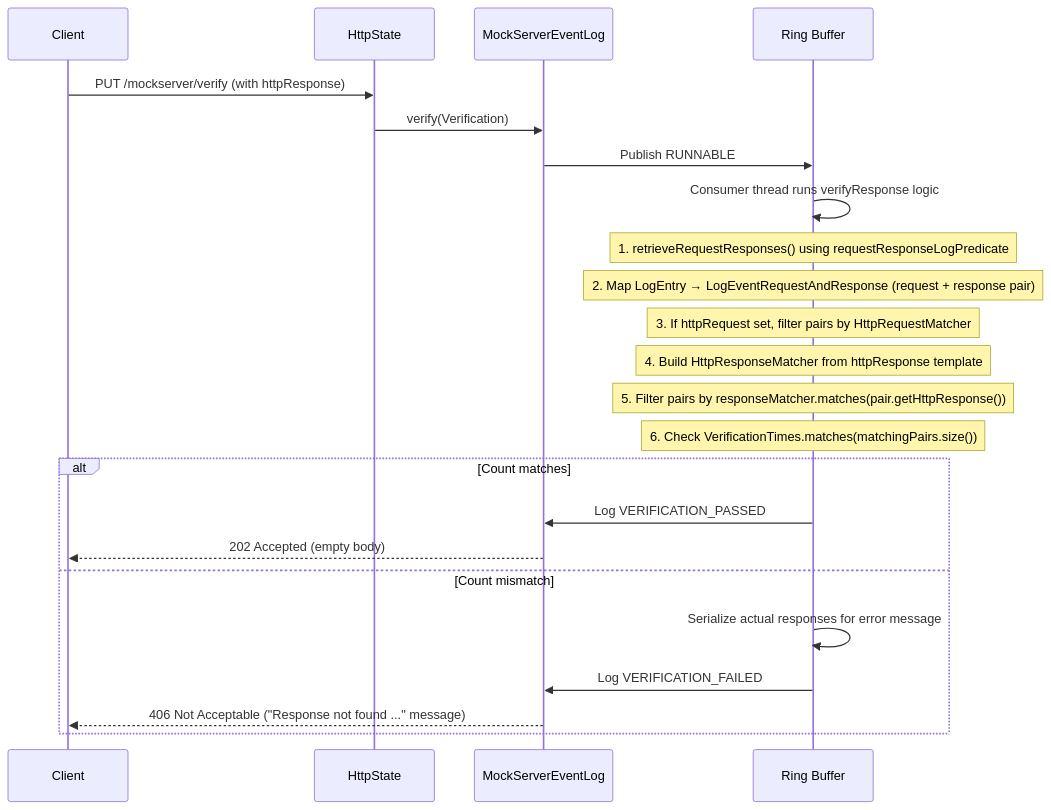
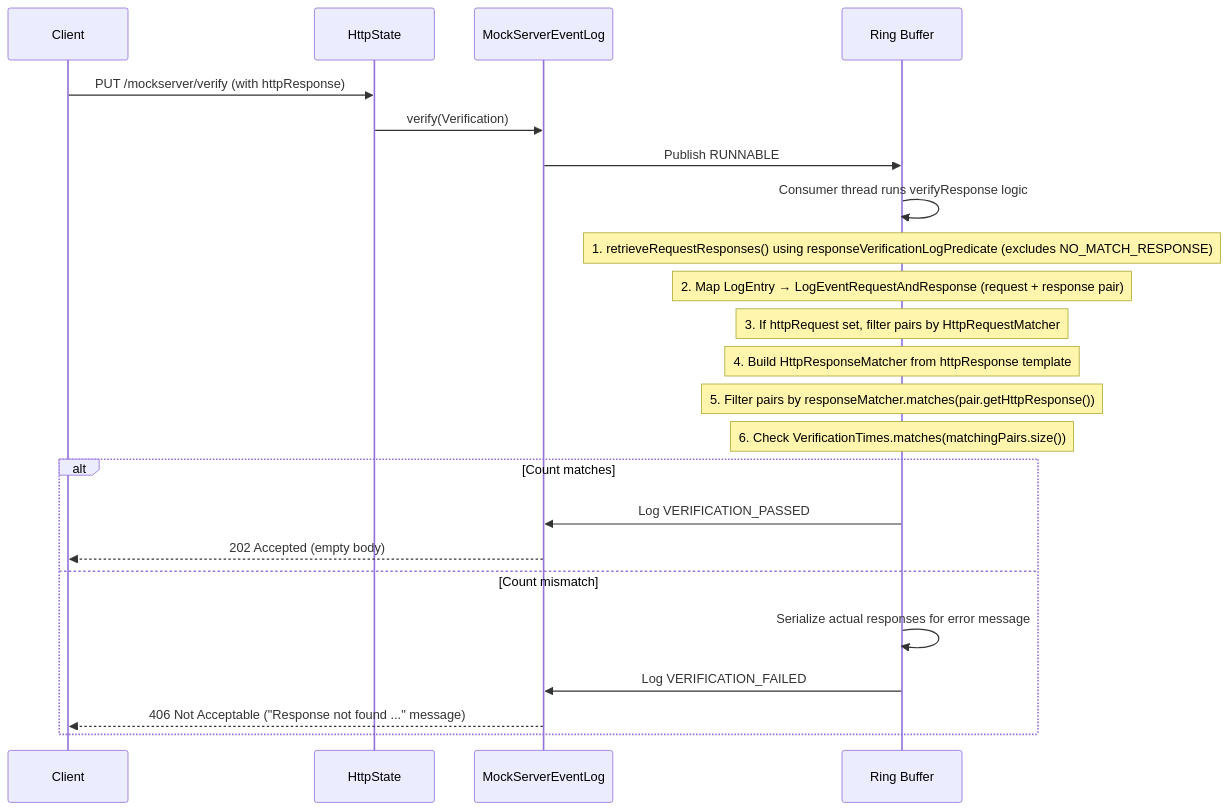
The fourth of 7 diagrams in docs/code/event-system.md (sean8601/mockserver-monorepo), drawn with Mermaid before and after one commit. The commit also changed other lines of this file and 3 other files, not shown here.

````diff
--- a/docs/code/event-system.md
+++ b/docs/code/event-system.md
@@ -229,28 +229,28 @@
 ```mermaid
 sequenceDiagram
     participant C as Client
     participant HS as HttpState
     participant EL as MockServerEventLog
     participant RB as Ring Buffer
 
     C->>HS: PUT /mockserver/verify (with httpResponse)
     HS->>EL: verify(Verification)
     EL->>RB: Publish RUNNABLE
     RB->>RB: Consumer thread runs verifyResponse logic
 
-    Note over RB: 1. retrieveRequestResponses() using requestResponseLogPredicate
+    Note over RB: 1. retrieveRequestResponses() using responseVerificationLogPredicate (excludes NO_MATCH_RESPONSE)
     Note over RB: 2. Map LogEntry → LogEventRequestAndResponse (request + response pair)
     Note over RB: 3. If httpRequest set, filter pairs by HttpRequestMatcher
     Note over RB: 4. Build HttpResponseMatcher from httpResponse template
     Note over RB: 5. Filter pairs by responseMatcher.matches(pair.getHttpResponse())
     Note over RB: 6. Check VerificationTimes.matches(matchingPairs.size())
 
     alt Count matches
         RB->>EL: Log VERIFICATION_PASSED
         EL-->>C: 202 Accepted (empty body)
     else Count mismatch
         RB->>RB: Serialize actual responses for error message
         RB->>EL: Log VERIFICATION_FAILED
         EL-->>C: 406 Not Acceptable ("Response not found ..." message)
     end
 ```
````
